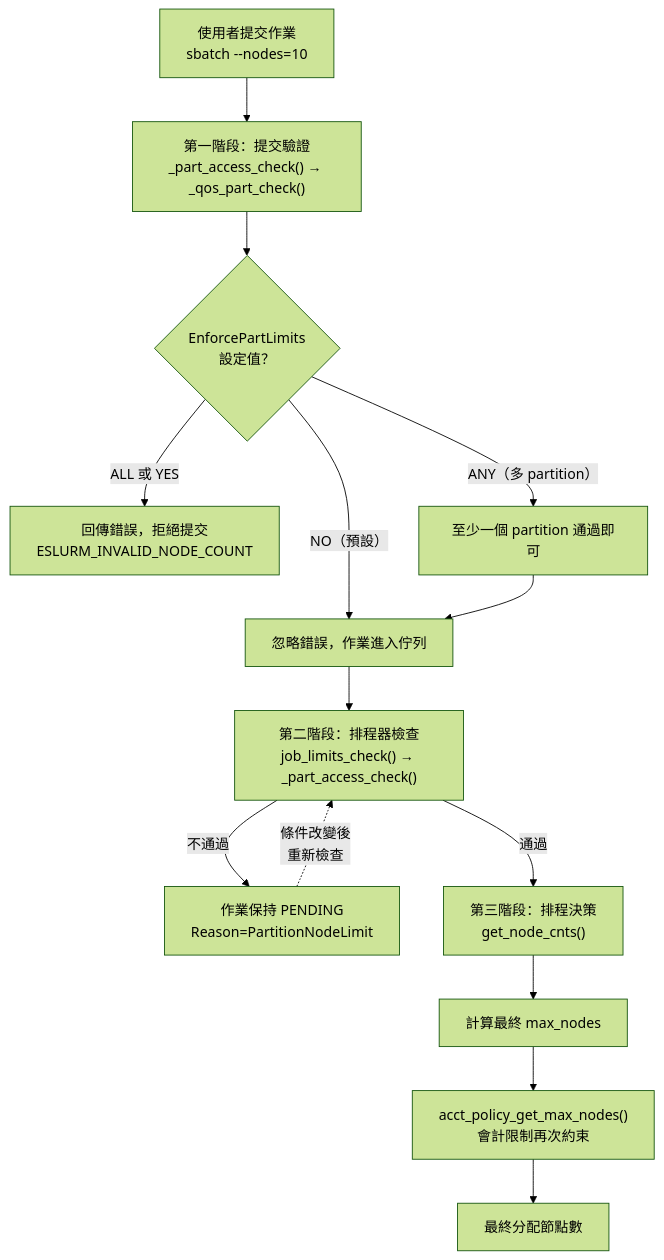
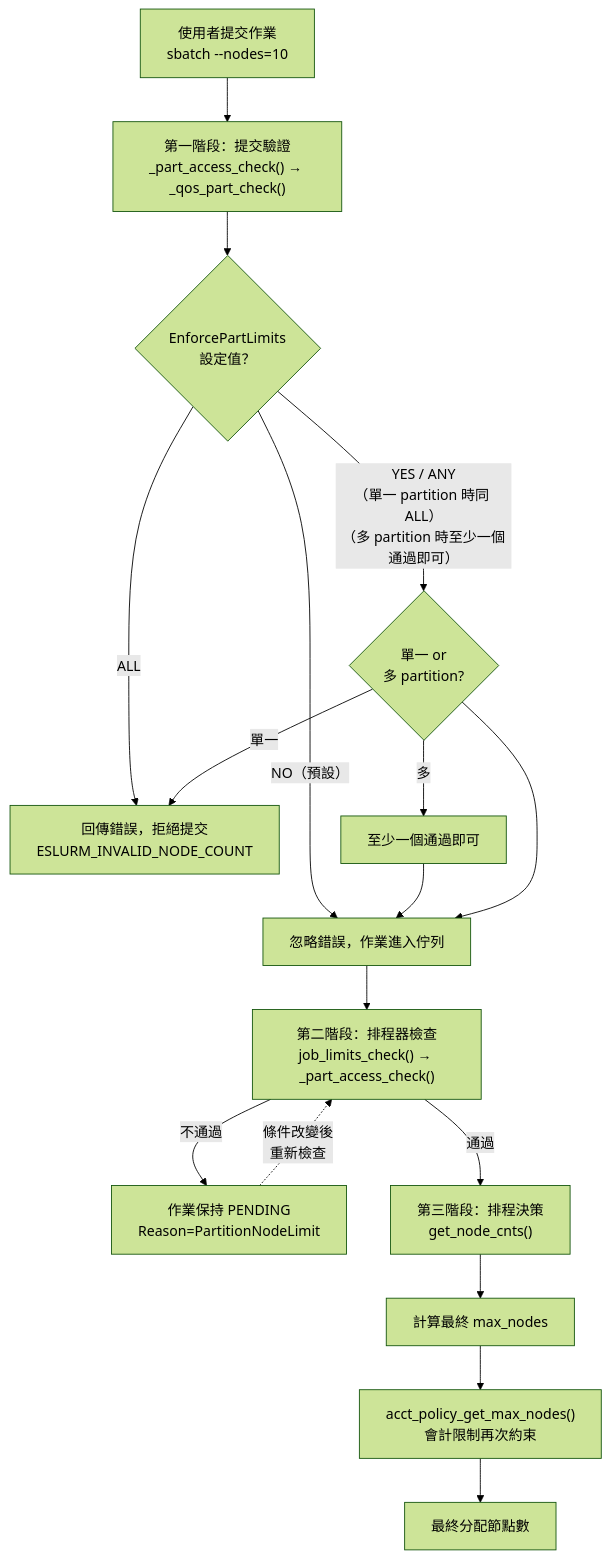
One commit to pichiu/slurm changed the first of 7 diagrams in _bmad-output/technical-reference/internals/slurm-qos-partition-node-limits.md. Above: the diagram before and after it, drawn with Mermaid (forest theme). The commit also changed other lines of this file, not shown here.

First line of the commit message:
docs: add EnforcePartLimits ANY vs ALL and DenyOnLimit analysis

````diff
--- a/_bmad-output/technical-reference/internals/slurm-qos-partition-node-limits.md
+++ b/_bmad-output/technical-reference/internals/slurm-qos-partition-node-limits.md
@@ -28,16 +28,19 @@
 ```mermaid
 flowchart TD
     A["使用者提交作業\nsbatch --nodes=10"] --> B["第一階段：提交驗證\n_part_access_check() → _qos_part_check()"]
     B --> EPL{"EnforcePartLimits\n設定值？"}
-    EPL -->|"ALL 或 YES"| D["回傳錯誤，拒絕提交\nESLURM_INVALID_NODE_COUNT"]
+    EPL -->|"ALL"| D["回傳錯誤，拒絕提交\nESLURM_INVALID_NODE_COUNT"]
     EPL -->|"NO（預設）"| C["忽略錯誤，作業進入佇列"]
-    EPL -->|"ANY（多 partition）"| ANY["至少一個 partition 通過即可"]
+    EPL -->|"YES / ANY\n（單一 partition 時同 ALL）\n（多 partition 時至少一個通過即可）"| ANY{"單一 or\n多 partition?"}
+    ANY -->|單一| D
+    ANY -->|多| ANY2["至少一個通過即可"]
+    ANY2 --> C
     ANY --> C
     C --> SC["第二階段：排程器檢查\njob_limits_check() → _part_access_check()"]
     SC -->|不通過| PEND["作業保持 PENDING\nReason=PartitionNodeLimit"]
     SC -->|通過| E["第三階段：排程決策\nget_node_cnts()"]
     E --> F["計算最終 max_nodes"]
     F --> G["acct_policy_get_max_nodes()\n會計限制再次約束"]
     G --> H["最終分配節點數"]
     PEND -.->|"條件改變後\n重新檢查"| SC
 ```
````
